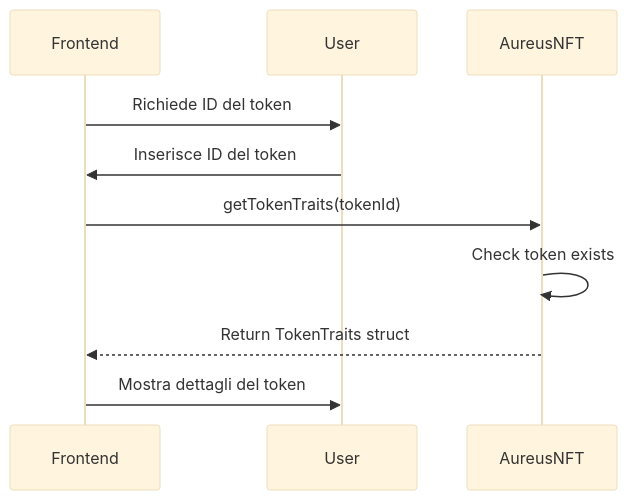
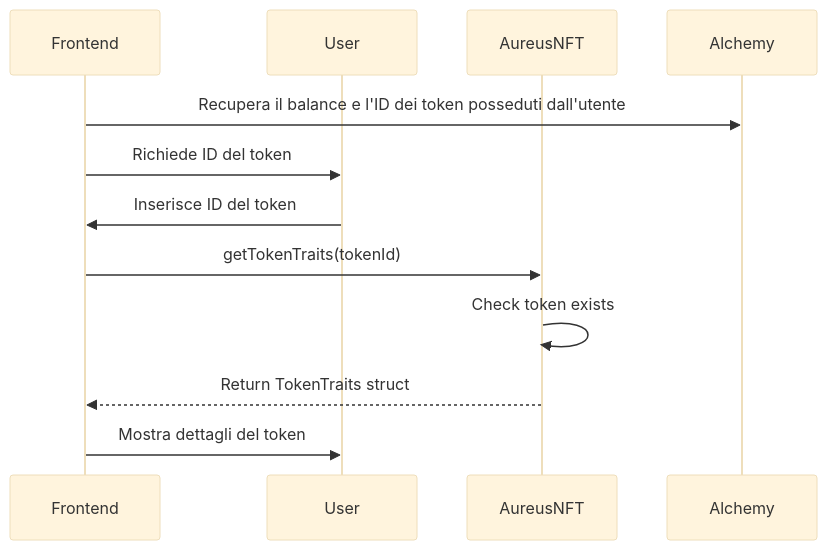
One commit to GiuBlockchainDEV/SolidityContracts changed the first of 4 diagrams in Aureus/aureus.md. Above: the diagram before and after it, drawn with Mermaid (base theme).

````diff
--- a/Aureus/aureus.md
+++ b/Aureus/aureus.md
@@ -60,13 +60,15 @@
 ```mermaid
 sequenceDiagram
     participant Frontend
     participant User
     participant AureusNFT
+    participant Alchemy
 
+    Frontend->>Alchemy: Recupera il balance e l'ID dei token posseduti dall'utente
     Frontend->>User: Richiede ID del token
     User->>Frontend: Inserisce ID del token
     Frontend->>AureusNFT: getTokenTraits(tokenId)
     AureusNFT->>AureusNFT: Check token exists
     AureusNFT-->>Frontend: Return TokenTraits struct
     Frontend->>User: Mostra dettagli del token
 ```
````
